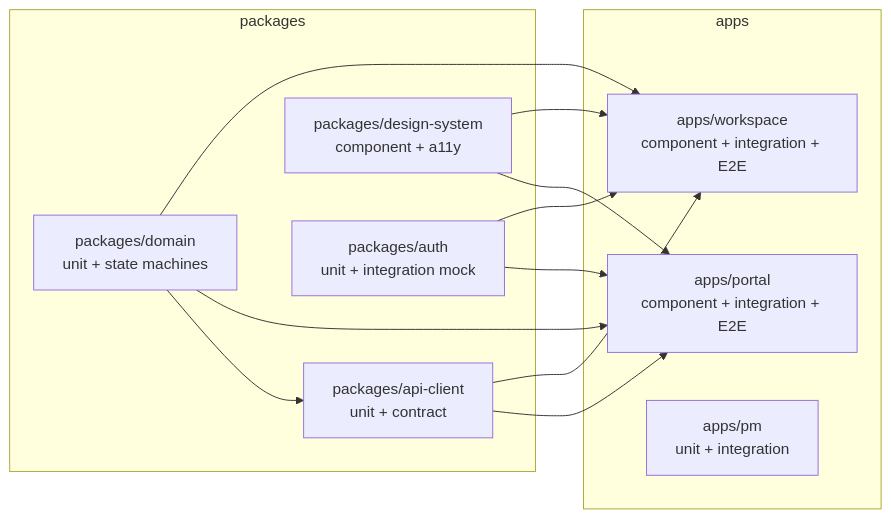
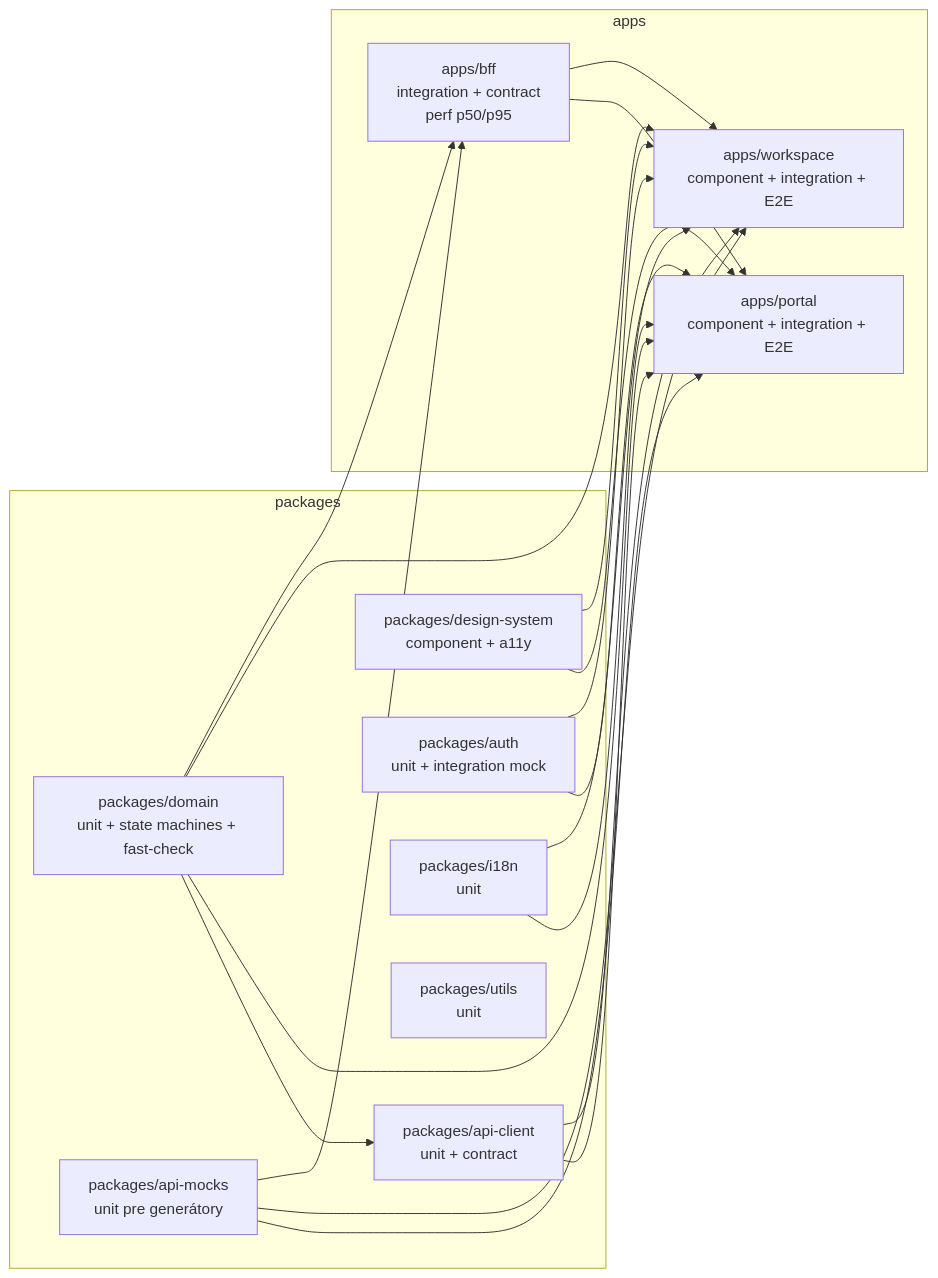
Before and after one commit to Spigotek/SDM-Rewrite: the second of 3 diagrams in docs/agents/qa-test-strategy/test-strategy.md, drawn with Mermaid. The commit also changed other lines of this file and 7 other files, not shown here.

````diff
--- a/docs/agents/qa-test-strategy/test-strategy.md
+++ b/docs/agents/qa-test-strategy/test-strategy.md
@@ -55,23 +108,34 @@
 ```mermaid
 graph LR
     subgraph packages
-      DOM[packages/domain<br/>unit + state machines]
+      DOM[packages/domain<br/>unit + state machines + fast-check]
       API[packages/api-client<br/>unit + contract]
       DS[packages/design-system<br/>component + a11y]
       AUTH[packages/auth<br/>unit + integration mock]
+      MOCKS[packages/api-mocks<br/>unit pre generátory]
+      I18N[packages/i18n<br/>unit]
+      UTILS[packages/utils<br/>unit]
     end
     subgraph apps
       PT[apps/portal<br/>component + integration + E2E]
       WS[apps/workspace<br/>component + integration + E2E]
-      PM[apps/pm<br/>unit + integration]
+      BFF[apps/bff<br/>integration + contract<br/>perf p50/p95]
     end
     DOM --> API
     DOM --> PT
     DOM --> WS
+    DOM --> BFF
     API --> PT
     API --> WS
     DS --> PT
     DS --> WS
     AUTH --> PT
     AUTH --> WS
+    I18N --> PT
+    I18N --> WS
+    MOCKS --> PT
+    MOCKS --> WS
+    MOCKS --> BFF
+    BFF --> PT
+    BFF --> WS
 ```
````
